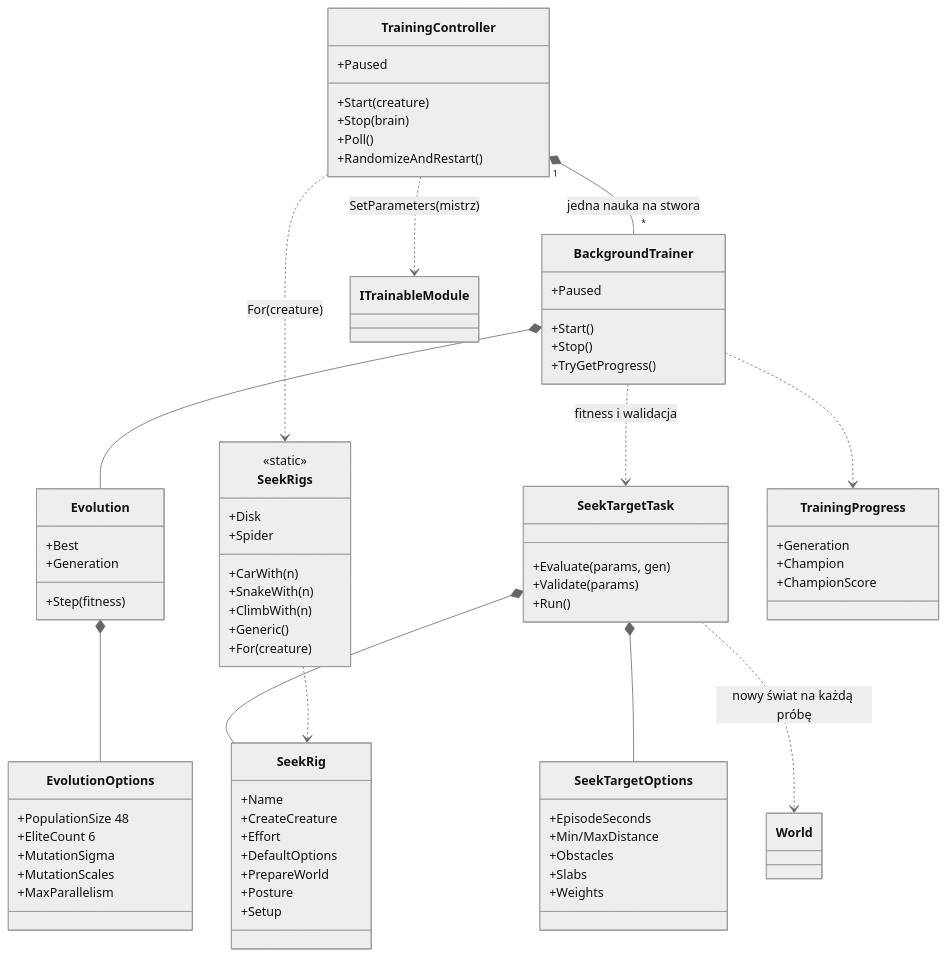
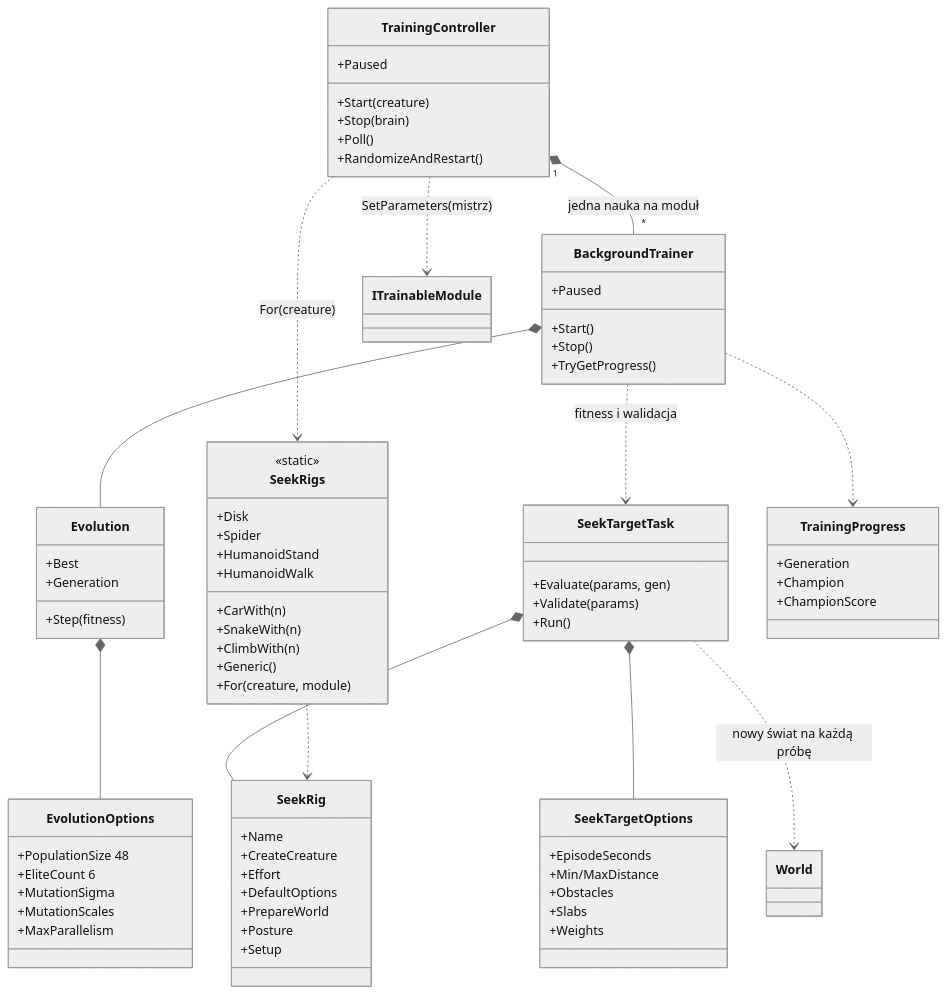
One commit to Logos7/Animata changed diagram 12 of 15 in docs/mapa-kodu.md. Above: the diagram before and after it, drawn with Mermaid (neutral theme). The commit also changed other lines of this file and 25 other files, not shown here.

````diff
--- a/docs/mapa-kodu.md
+++ b/docs/mapa-kodu.md
@@ -850,76 +870,78 @@
 ```mermaid
 classDiagram
   direction TB
   class TrainingController {
     +Start(creature)
     +Stop(brain)
     +Poll()
     +RandomizeAndRestart()
     +Paused
   }
   class BackgroundTrainer {
     +Start()
     +Stop()
     +Paused
     +TryGetProgress()
   }
   class Evolution {
     +Step(fitness)
     +Best
     +Generation
   }
   class EvolutionOptions {
     +PopulationSize 48
     +EliteCount 6
     +MutationSigma
     +MutationScales
     +MaxParallelism
   }
   class SeekTargetTask {
     +Evaluate(params, gen)
     +Validate(params)
     +Run()
   }
   class SeekTargetOptions {
     +EpisodeSeconds
     +Min/MaxDistance
     +Obstacles
     +Slabs
     +Weights
   }
   class SeekRig {
     +Name
     +CreateCreature
     +Effort
     +DefaultOptions
     +PrepareWorld
     +Posture
     +Setup
   }
   class SeekRigs {
     <<static>>
     +Disk
     +CarWith(n)
     +SnakeWith(n)
     +ClimbWith(n)
     +Spider
+    +HumanoidStand
+    +HumanoidWalk
     +Generic()
-    +For(creature)
+    +For(creature, module)
   }
   class TrainingProgress {
     +Generation
     +Champion
     +ChampionScore
   }
-  TrainingController "1" *-- "*" BackgroundTrainer : jedna nauka na stwora
+  TrainingController "1" *-- "*" BackgroundTrainer : jedna nauka na moduł
   BackgroundTrainer *-- Evolution
   Evolution *-- EvolutionOptions
   BackgroundTrainer ..> SeekTargetTask : fitness i walidacja
   BackgroundTrainer ..> TrainingProgress
   SeekTargetTask *-- SeekRig
   SeekTargetTask *-- SeekTargetOptions
   SeekRigs ..> SeekRig
   SeekTargetTask ..> World : nowy świat na każdą próbę
   TrainingController ..> SeekRigs : For(creature)
   TrainingController ..> ITrainableModule : SetParameters(mistrz)
 ```
````
